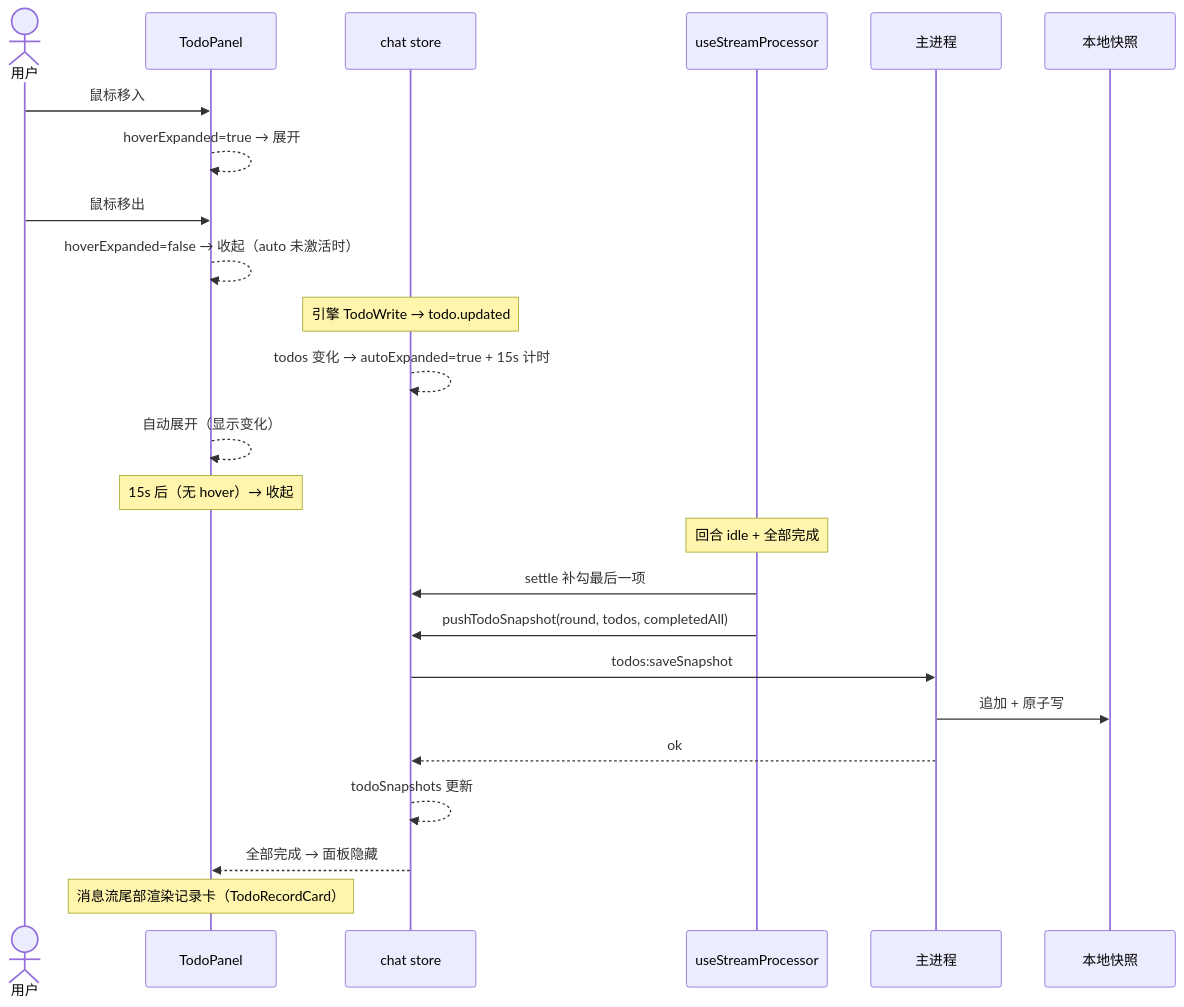
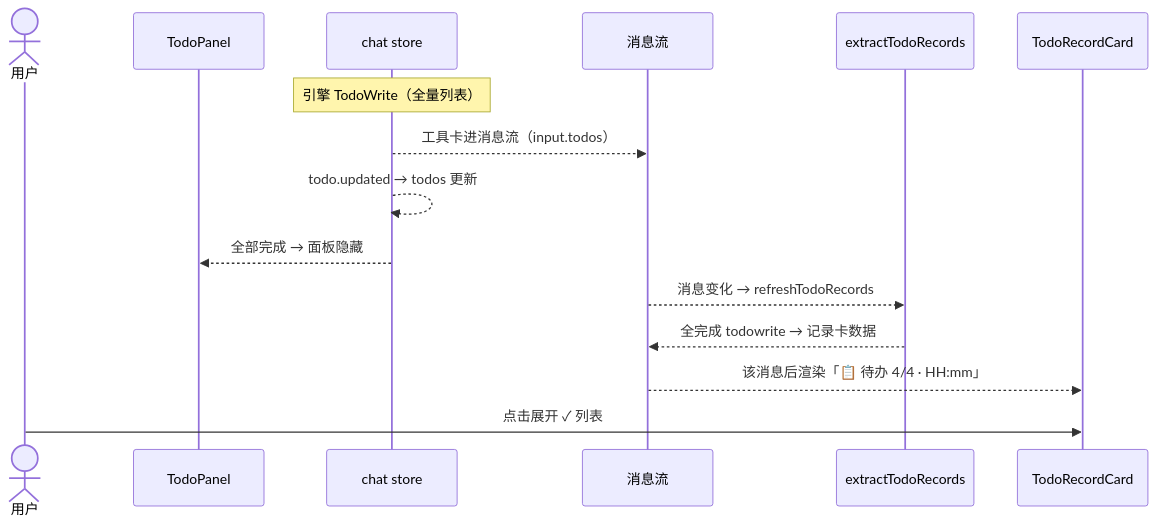
The second of 2 diagrams in docs/设计/待办列表-设计方案.md (Max-Null/fractal), drawn with Mermaid before and after one commit. The commit also changed other lines of this file and 1 other file, not shown here.

````diff
--- a/docs/设计/待办列表-设计方案.md
+++ b/docs/设计/待办列表-设计方案.md
@@ -229,29 +158,18 @@
 ```mermaid
 sequenceDiagram
     actor 用户
     participant P as TodoPanel
     participant S as chat store
-    participant SP as useStreamProcessor
-    participant M as 主进程
-    participant D as 本地快照
+    participant M as 消息流
+    participant X as extractTodoRecords
+    participant R as TodoRecordCard
 
-    用户->>P: 鼠标移入
-    P-->>P: hoverExpanded=true → 展开
-    用户->>P: 鼠标移出
-    P-->>P: hoverExpanded=false → 收起（auto 未激活时）
-
-    Note over S: 引擎 TodoWrite → todo.updated
-    S-->>S: todos 变化 → autoExpanded=true + 15s 计时
-    P-->>P: 自动展开（显示变化）
-    Note over P: 15s 后（无 hover）→ 收起
-
-    Note over SP: 回合 idle + 全部完成
-    SP->>S: settle 补勾最后一项
-    SP->>S: pushTodoSnapshot(round, todos, completedAll)
-    S->>M: todos:saveSnapshot
-    M->>D: 追加 + 原子写
-    M-->>S: ok
-    S-->>S: todoSnapshots 更新
+    Note over S: 引擎 TodoWrite（全量列表）
+    S-->>M: 工具卡进消息流（input.todos）
+    S-->>S: todo.updated → todos 更新
     S-->>P: 全部完成 → 面板隐藏
-    Note over P: 消息流尾部渲染记录卡（TodoRecordCard）
+    M-->>X: 消息变化 → refreshTodoRecords
+    X-->>M: 全完成 todowrite → 记录卡数据
+    M-->>R: 该消息后渲染「📋 待办 4/4 · HH:mm」
+    用户->>R: 点击展开 ✓ 列表
 ```
````
